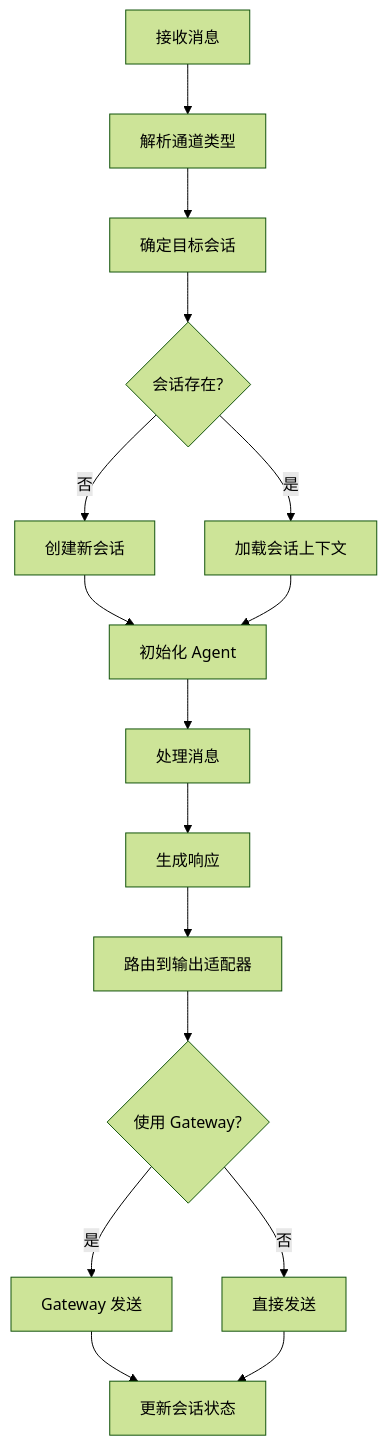
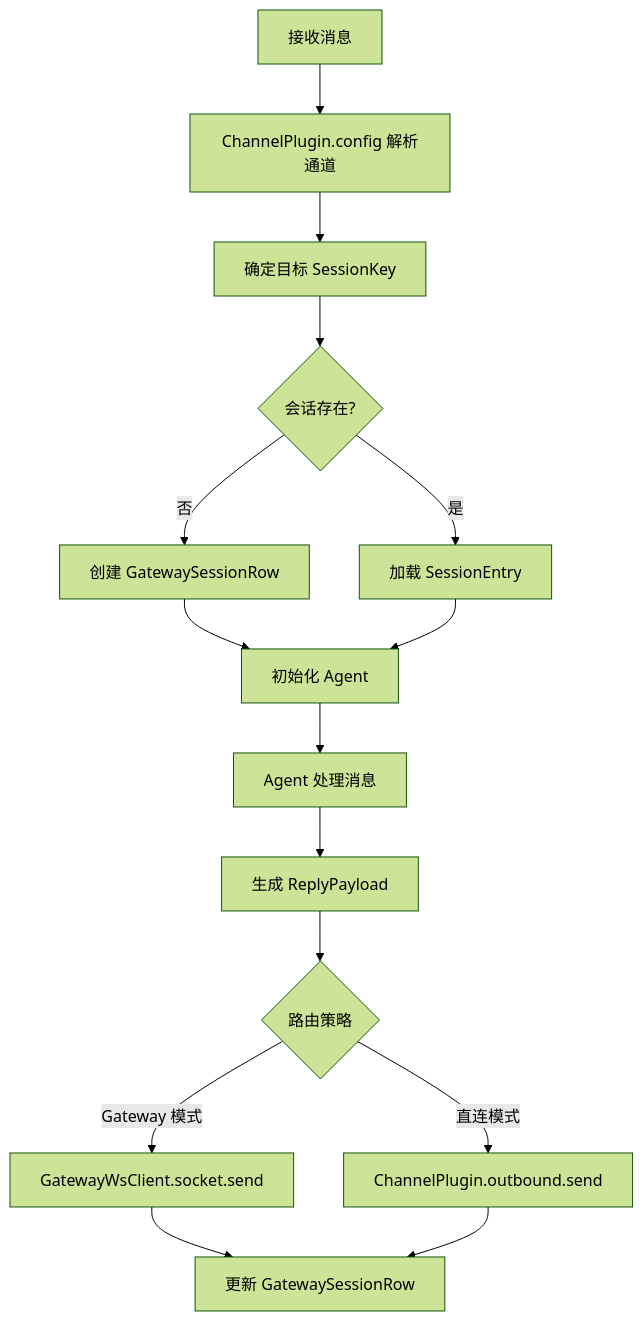
One commit to caicongyang/bloger changed diagram 11 of 26 in openclaw/DATA_STRUCTURES.md. Above: the diagram before and after it, drawn with Mermaid (forest theme). The commit also changed other lines of this file and 13 other files, not shown here.

````diff
--- a/openclaw/DATA_STRUCTURES.md
+++ b/openclaw/DATA_STRUCTURES.md
@@ -433,22 +534,19 @@
 ```mermaid
 flowchart TD
-    A[接收消息] --> B[解析通道类型]
-    B --> C[确定目标会话]
+    A[接收消息] --> B[ChannelPlugin.config 解析通道]
+    B --> C[确定目标 SessionKey]
     C --> D{会话存在?}
-    D -->|否| E[创建新会话]
-    D -->|是| F[加载会话上下文]
-    
+    D -->|否| E[创建 GatewaySessionRow]
+    D -->|是| F[加载 SessionEntry]
     E --> G[初始化 Agent]
     F --> G
-    G --> H[处理消息]
-    
-    H --> I[生成响应]
-    I --> J[路由到输出适配器]
-    
-    J --> K{使用 Gateway?}
-    K -->|是| L[Gateway 发送]
-    K -->|否| M[直接发送]
-    
-    L --> N[更新会话状态]
-    M --> N
+
+    G --> H[Agent 处理消息]
+    H --> I[生成 ReplyPayload]
+    I --> J{路由策略}
+    J -->|Gateway 模式| K[GatewayWsClient.socket.send]
+    J -->|直连模式| L[ChannelPlugin.outbound.send]
+
+    K --> M[更新 GatewaySessionRow]
+    L --> M
 ```
````
